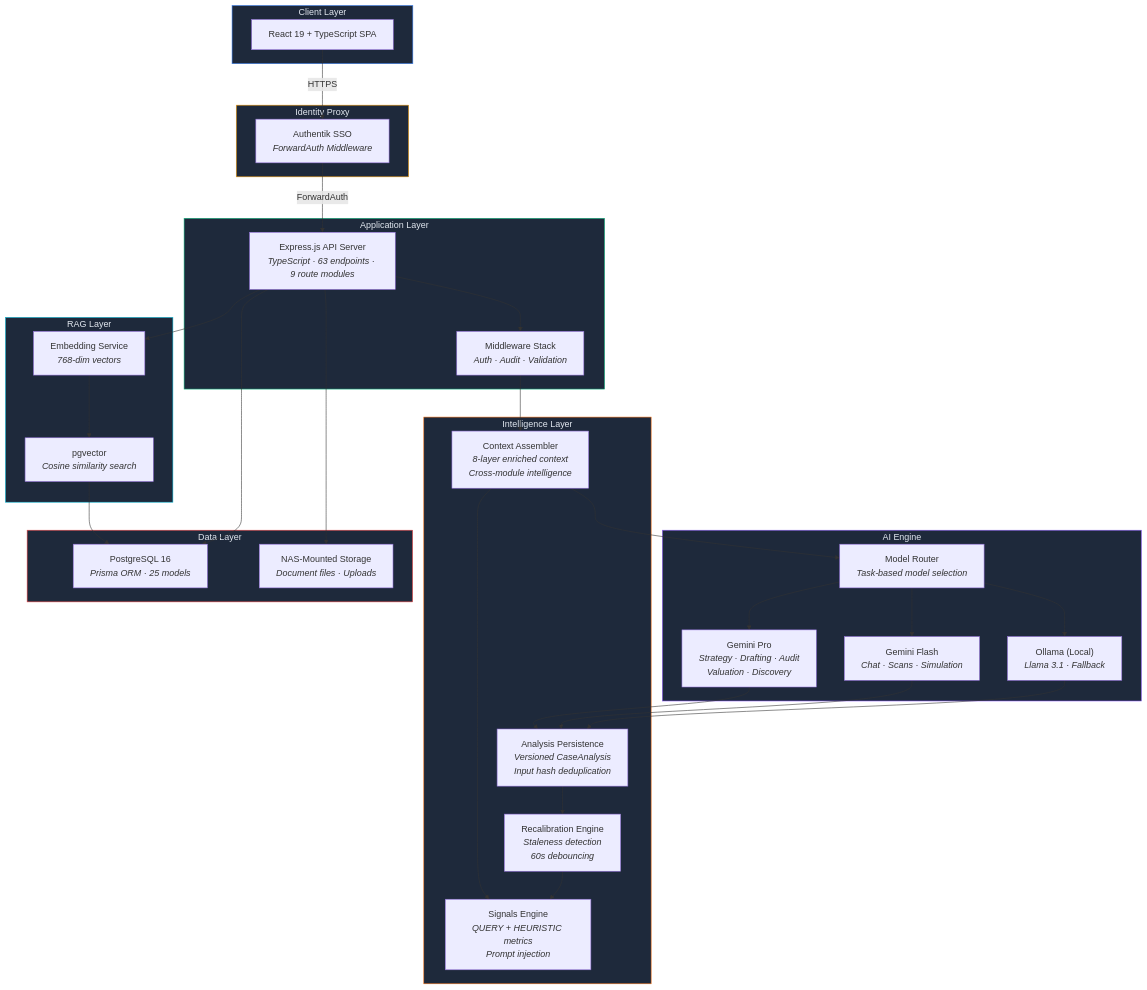
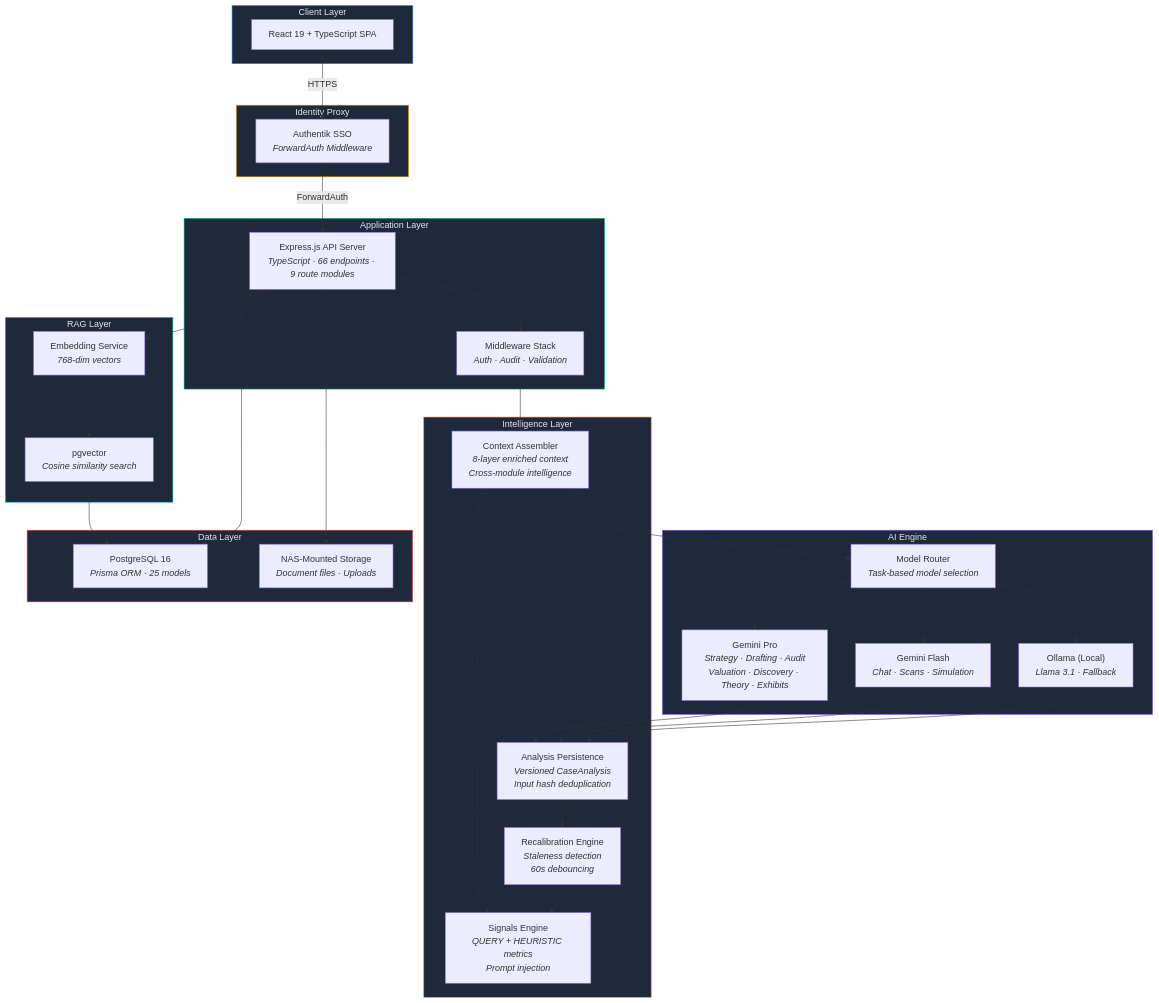
The first of 12 diagrams in ARCHITECTURE.md (EolaFam1828/AetherLegalIntelligence), drawn with Mermaid before and after one commit. The commit also changed other lines of this file and 5 other files, not shown here.

First line of the commit message:
Sync docs for Case Theory Map and Key Exhibits modules

````diff
--- a/ARCHITECTURE.md
+++ b/ARCHITECTURE.md
@@ -42,60 +42,60 @@
 ```mermaid
 flowchart TB
     subgraph CLIENT["Client Layer"]
         UI["React 19 + TypeScript SPA"]
     end
 
     subgraph EDGE["Identity Proxy"]
         AK["Authentik SSO<br/><i>ForwardAuth Middleware</i>"]
     end
 
     subgraph API["Application Layer"]
-        EX["Express.js API Server<br/><i>TypeScript · 63 endpoints · 9 route modules</i>"]
+        EX["Express.js API Server<br/><i>TypeScript · 66 endpoints · 9 route modules</i>"]
         MW["Middleware Stack<br/><i>Auth · Audit · Validation</i>"]
     end
 
     subgraph AI["AI Engine"]
         RT["Model Router<br/><i>Task-based model selection</i>"]
-        G3P["Gemini Pro<br/><i>Strategy · Drafting · Audit<br/>Valuation · Discovery</i>"]
+        G3P["Gemini Pro<br/><i>Strategy · Drafting · Audit<br/>Valuation · Discovery · Theory · Exhibits</i>"]
         G3F["Gemini Flash<br/><i>Chat · Scans · Simulation</i>"]
         OL["Ollama (Local)<br/><i>Llama 3.1 · Fallback</i>"]
     end
 
     subgraph INTEL["Intelligence Layer"]
         CTX["Context Assembler<br/><i>8-layer enriched context<br/>Cross-module intelligence</i>"]
         SIG["Signals Engine<br/><i>QUERY + HEURISTIC metrics<br/>Prompt injection</i>"]
         PERSIST["Analysis Persistence<br/><i>Versioned CaseAnalysis<br/>Input hash deduplication</i>"]
         RECAL["Recalibration Engine<br/><i>Staleness detection<br/>60s debouncing</i>"]
     end
 
     subgraph VECTOR["RAG Layer"]
         EMB["Embedding Service<br/><i>768-dim vectors</i>"]
         PGV["pgvector<br/><i>Cosine similarity search</i>"]
     end
 
     subgraph DATA["Data Layer"]
         PG["PostgreSQL 16<br/><i>Prisma ORM · 25 models</i>"]
         FS["NAS-Mounted Storage<br/><i>Document files · Uploads</i>"]
     end
 
     UI -->|HTTPS| AK
     AK -->|ForwardAuth| EX
     EX --> MW --> CTX
     CTX --> SIG
     CTX --> RT
     RT --> G3P & G3F & OL
     G3P & G3F & OL --> PERSIST
     PERSIST --> RECAL
     EX --> EMB --> PGV
     PGV --> PG
     EX --> PG & FS
     RECAL --> SIG
 
     style CLIENT fill:#1e293b,stroke:#3b82f6,color:#e2e8f0
     style EDGE fill:#1e293b,stroke:#f59e0b,color:#e2e8f0
     style API fill:#1e293b,stroke:#10b981,color:#e2e8f0
     style AI fill:#1e293b,stroke:#8b5cf6,color:#e2e8f0
     style INTEL fill:#1e293b,stroke:#f97316,color:#e2e8f0
     style VECTOR fill:#1e293b,stroke:#06b6d4,color:#e2e8f0
     style DATA fill:#1e293b,stroke:#ef4444,color:#e2e8f0
 ```
````
